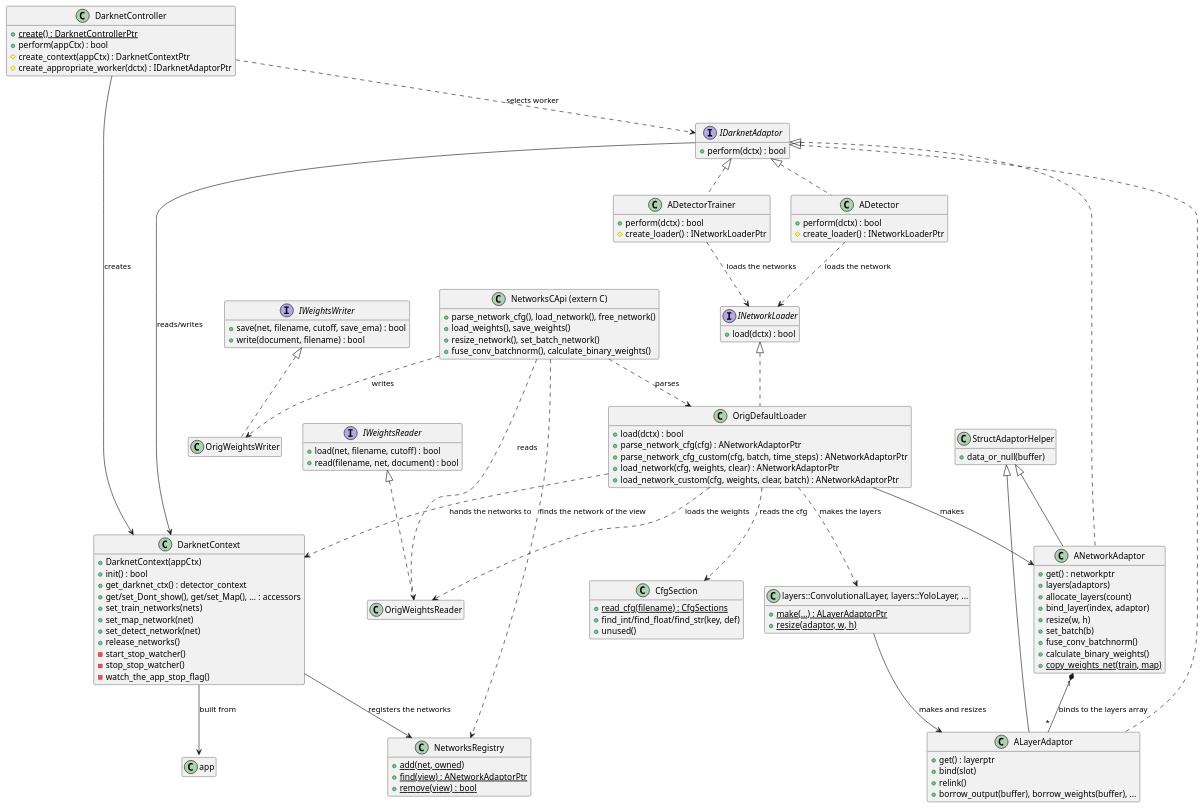
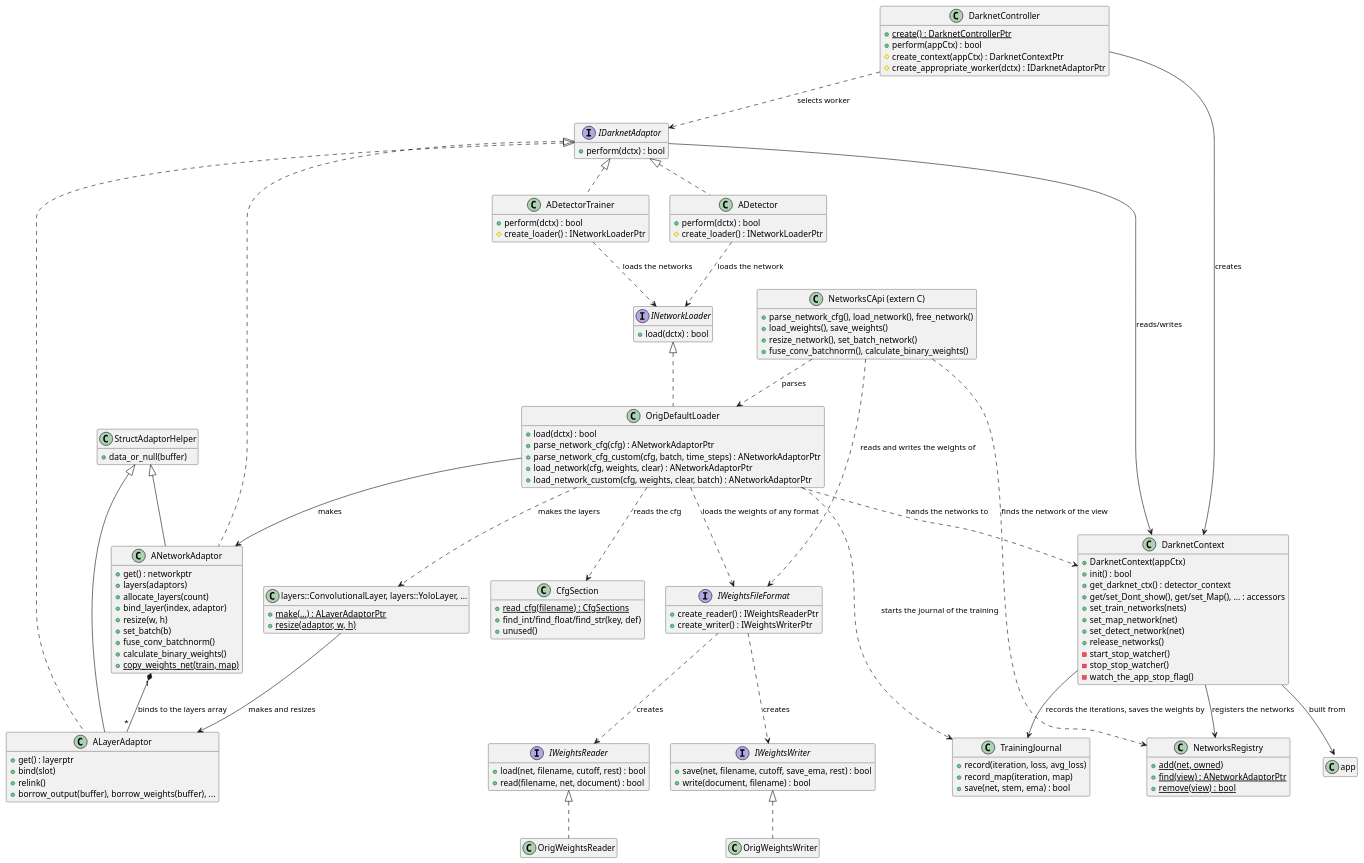
One commit to yuriysydor1991/darknetxx changed the diagram in doc/sections/en_US/4-7-2-darknet-adaptor-components.md. Above: the diagram before and after it, drawn with PlantUML. The commit also changed other lines of this file and 98 other files, not shown here.

```diff
--- a/doc/sections/en_US/4-7-2-darknet-adaptor-components.md
+++ b/doc/sections/en_US/4-7-2-darknet-adaptor-components.md
@@ -64,17 +64,28 @@
 }
 
 interface IWeightsReader {
-  +load(net, filename, cutoff) : bool
+  +load(net, filename, cutoff, rest) : bool
   +read(filename, net, document) : bool
 }
 
 interface IWeightsWriter {
-  +save(net, filename, cutoff, save_ema) : bool
+  +save(net, filename, cutoff, save_ema, rest) : bool
   +write(document, filename) : bool
+}
+
+interface IWeightsFileFormat {
+  +create_reader() : IWeightsReaderPtr
+  +create_writer() : IWeightsWriterPtr
 }
 
 class OrigWeightsReader
 class OrigWeightsWriter
+
+class TrainingJournal {
+  +record(iteration, loss, avg_loss)
+  +record_map(iteration, map)
+  +save(net, stem, ema) : bool
+}
 
 class ANetworkAdaptor {
   +get() : networkptr
@@ -134,7 +145,11 @@
 ADetectorTrainer ..> INetworkLoader : loads the networks
 OrigDefaultLoader ..> CfgSection : reads the cfg
 OrigDefaultLoader ..> Layers : makes the layers
-OrigDefaultLoader ..> OrigWeightsReader : loads the weights
+OrigDefaultLoader ..> IWeightsFileFormat : loads the weights of any format
+OrigDefaultLoader ..> TrainingJournal : starts the journal of the training
+IWeightsFileFormat ..> IWeightsReader : creates
+IWeightsFileFormat ..> IWeightsWriter : creates
+DarknetContext --> TrainingJournal : records the iterations, saves the weights by
 OrigDefaultLoader --> ANetworkAdaptor : makes
 OrigDefaultLoader ..> DarknetContext : hands the networks to
 Layers --> ALayerAdaptor : makes and resizes
@@ -142,7 +157,6 @@
 DarknetContext --> NetworksRegistry : registers the networks
 NetworksCApi ..> NetworksRegistry : finds the network of the view
 NetworksCApi ..> OrigDefaultLoader : parses
-NetworksCApi ..> OrigWeightsReader : reads
-NetworksCApi ..> OrigWeightsWriter : writes
+NetworksCApi ..> IWeightsFileFormat : reads and writes the weights of
 DarknetContext --> "app::ApplicationContext" : built from
 @enduml
```
